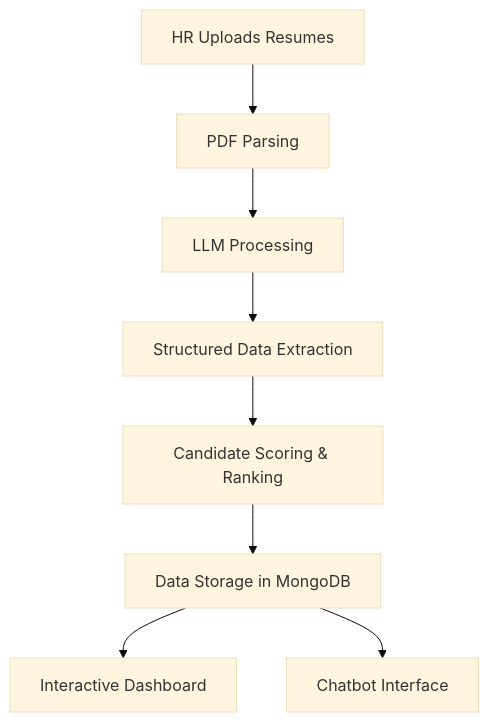
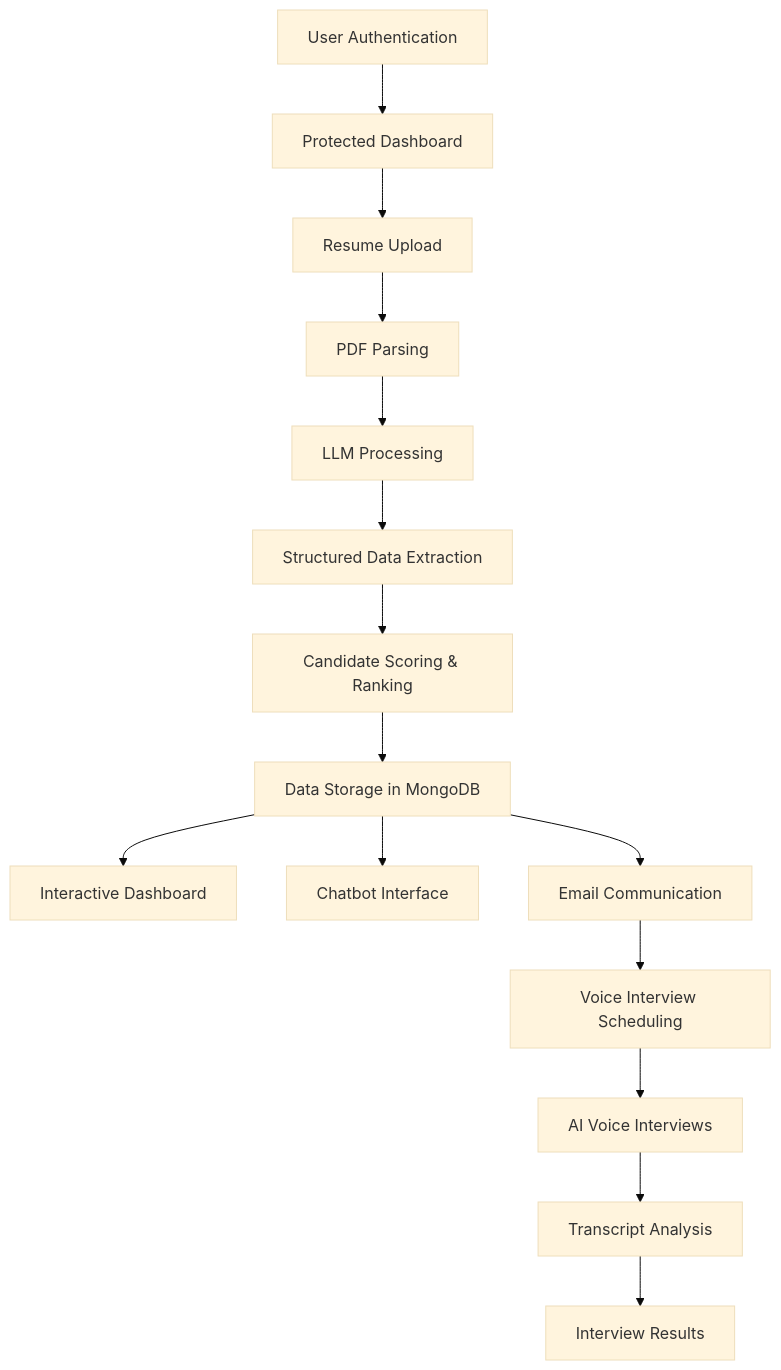
One commit to tanush-em/HireAI-100xEngineers changed the diagram in README.md. Above: the diagram before and after it, drawn with Mermaid (base theme). The commit also changed other lines of this file, not shown here.

````diff
--- a/README.md
+++ b/README.md
@@ -32,10 +75,17 @@
 ```mermaid
 graph TD
-    A[HR Uploads Resumes] --> B[PDF Parsing]
-    B --> C[LLM Processing]
-    C --> D[Structured Data Extraction]
-    D --> E[Candidate Scoring & Ranking]
-    E --> F[Data Storage in MongoDB]
-    F --> G[Interactive Dashboard]
-    F --> H[Chatbot Interface]
+    A[User Authentication] --> B[Protected Dashboard]
+    B --> C[Resume Upload]
+    C --> D[PDF Parsing]
+    D --> E[LLM Processing]
+    E --> F[Structured Data Extraction]
+    F --> G[Candidate Scoring & Ranking]
+    G --> H[Data Storage in MongoDB]
+    H --> I[Interactive Dashboard]
+    H --> J[Chatbot Interface]
+    H --> K[Email Communication]
+    K --> L[Voice Interview Scheduling]
+    L --> M[AI Voice Interviews]
+    M --> N[Transcript Analysis]
+    N --> O[Interview Results]
 ```
````
